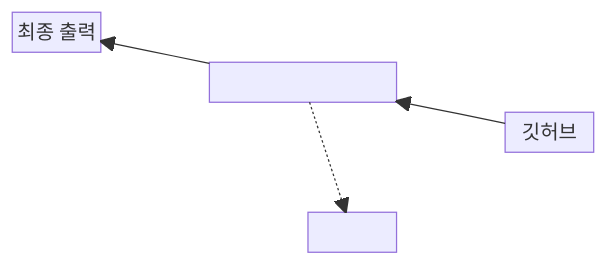
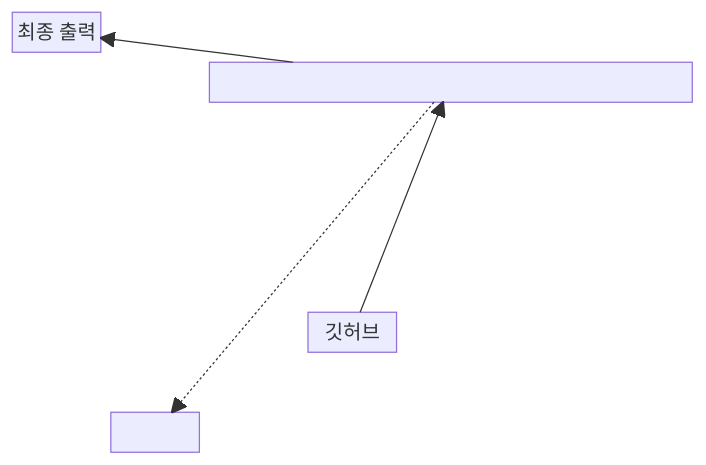
Before and after one commit to joblessking00/md-test: the diagram in README.md, drawn with Mermaid.

````diff
--- a/README.md
+++ b/README.md
@@ -1,12 +1,12 @@
 ```mermaid
 block-beta
     columns 6
     A["최종 출력"] space:5
-    space:2 B[" "]:2 space:2
+    space:2 B[" "]:5 space:22
     space:5 C["깃허브"]
     space:6
     space:3 D[" "] space:20
     B --> A
     B -.-> D
     C --> B
 ```
````
